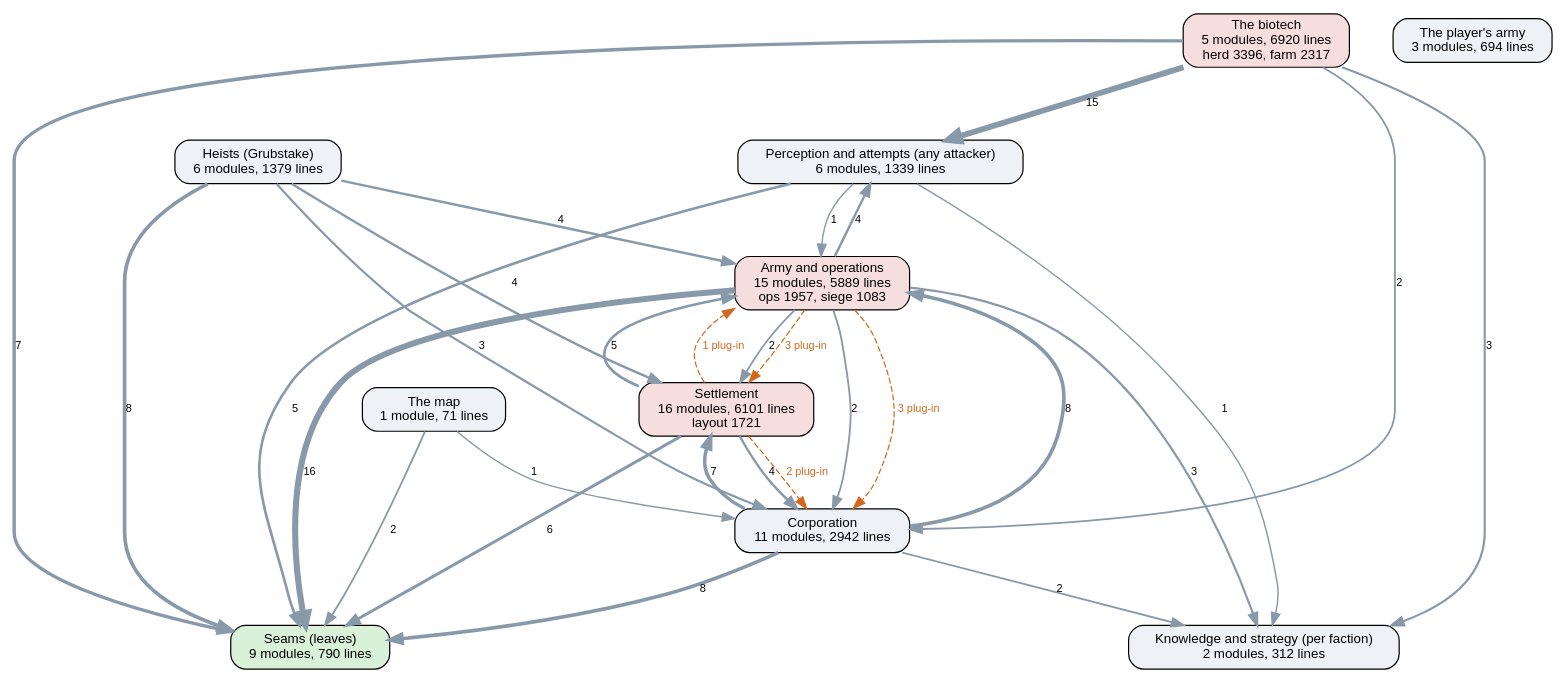
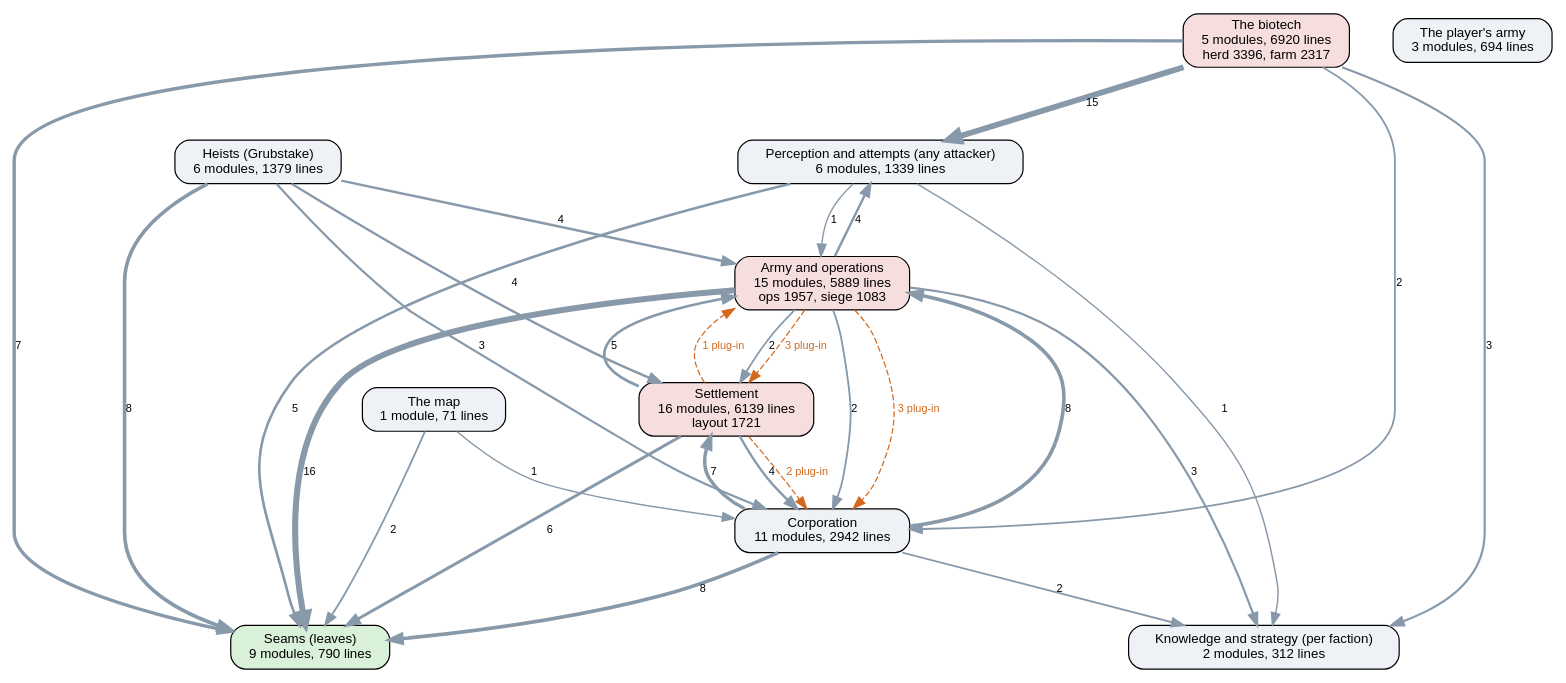
One commit to kinelhu/landing-party changed the diagram in docs/ai-layers.dot. Above: the diagram before and after it, drawn with Graphviz. The commit also changed 11 other files, not shown here.

```diff
--- a/docs/ai-layers.dot
+++ b/docs/ai-layers.dot
@@ -1,44 +1,44 @@
 digraph layers {
   graph [rankdir=TB, fontname="Helvetica", nodesep=0.5, ranksep=0.7];
   node [shape=box, style="rounded,filled", fontname="Helvetica", fontsize=11, fillcolor="#eef2f7"];
   edge [color="#8899aa", fontname="Helvetica", fontsize=9];
   "Seams (leaves)" [label="Seams (leaves)\n9 modules, 790 lines", fillcolor="#d9f0d9"];
   "Perception and attempts (any attacker)" [label="Perception and attempts (any attacker)\n6 modules, 1339 lines", fillcolor="#eef2f7"];
   "Knowledge and strategy (per faction)" [label="Knowledge and strategy (per faction)\n2 modules, 312 lines", fillcolor="#eef2f7"];
   "Corporation" [label="Corporation\n11 modules, 2942 lines", fillcolor="#eef2f7"];
-  "Settlement" [label="Settlement\n16 modules, 6101 lines\nlayout 1721", fillcolor="#f7dede"];
+  "Settlement" [label="Settlement\n16 modules, 6139 lines\nlayout 1721", fillcolor="#f7dede"];
   "Army and operations" [label="Army and operations\n15 modules, 5889 lines\nops 1957, siege 1083", fillcolor="#f7dede"];
   "Heists (Grubstake)" [label="Heists (Grubstake)\n6 modules, 1379 lines", fillcolor="#eef2f7"];
   "The biotech" [label="The biotech\n5 modules, 6920 lines\nherd 3396, farm 2317", fillcolor="#f7dede"];
   "The map" [label="The map\n1 module, 71 lines", fillcolor="#eef2f7"];
   "The player's army" [label="The player's army\n3 modules, 694 lines", fillcolor="#eef2f7"];
   "Army and operations" -> "Corporation" [label="2", penwidth=1.5];
   "Army and operations" -> "Knowledge and strategy (per faction)" [label="3", penwidth=1.8];
   "Army and operations" -> "Perception and attempts (any attacker)" [label="4", penwidth=2.0];
   "Army and operations" -> "Seams (leaves)" [label="16", penwidth=5.0];
   "Army and operations" -> "Settlement" [label="2", penwidth=1.5];
   "Corporation" -> "Army and operations" [label="8", penwidth=3.0];
   "Corporation" -> "Knowledge and strategy (per faction)" [label="2", penwidth=1.5];
   "Corporation" -> "Seams (leaves)" [label="8", penwidth=3.0];
   "Corporation" -> "Settlement" [label="7", penwidth=2.8];
   "Heists (Grubstake)" -> "Army and operations" [label="4", penwidth=2.0];
   "Heists (Grubstake)" -> "Corporation" [label="3", penwidth=1.8];
   "Heists (Grubstake)" -> "Seams (leaves)" [label="8", penwidth=3.0];
   "Heists (Grubstake)" -> "Settlement" [label="4", penwidth=2.0];
   "Perception and attempts (any attacker)" -> "Army and operations" [label="1", penwidth=1.2];
   "Perception and attempts (any attacker)" -> "Knowledge and strategy (per faction)" [label="1", penwidth=1.2];
   "Perception and attempts (any attacker)" -> "Seams (leaves)" [label="5", penwidth=2.2];
   "Settlement" -> "Army and operations" [label="5", penwidth=2.2];
   "Settlement" -> "Corporation" [label="4", penwidth=2.0];
   "Settlement" -> "Seams (leaves)" [label="6", penwidth=2.5];
   "The biotech" -> "Corporation" [label="2", penwidth=1.5];
   "The biotech" -> "Knowledge and strategy (per faction)" [label="3", penwidth=1.8];
   "The biotech" -> "Perception and attempts (any attacker)" [label="15", penwidth=4.8];
   "The biotech" -> "Seams (leaves)" [label="7", penwidth=2.8];
   "The map" -> "Corporation" [label="1", penwidth=1.2];
   "The map" -> "Seams (leaves)" [label="2", penwidth=1.5];
   "Army and operations" -> "Corporation" [style=dashed, color="#d2691e", fontcolor="#d2691e", label="3 plug-in"];
   "Army and operations" -> "Settlement" [style=dashed, color="#d2691e", fontcolor="#d2691e", label="3 plug-in"];
   "Settlement" -> "Army and operations" [style=dashed, color="#d2691e", fontcolor="#d2691e", label="1 plug-in"];
   "Settlement" -> "Corporation" [style=dashed, color="#d2691e", fontcolor="#d2691e", label="2 plug-in"];
 }
```
